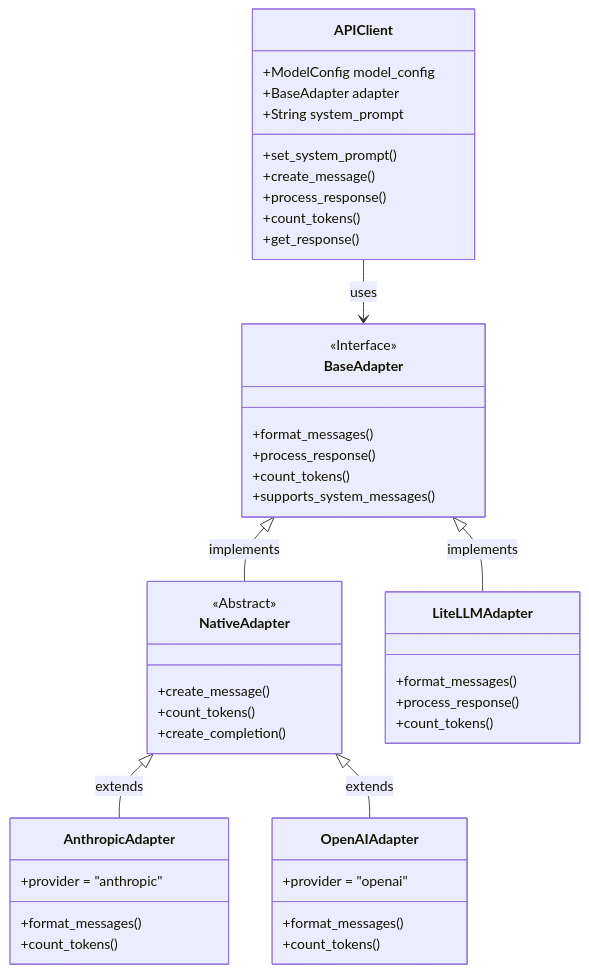
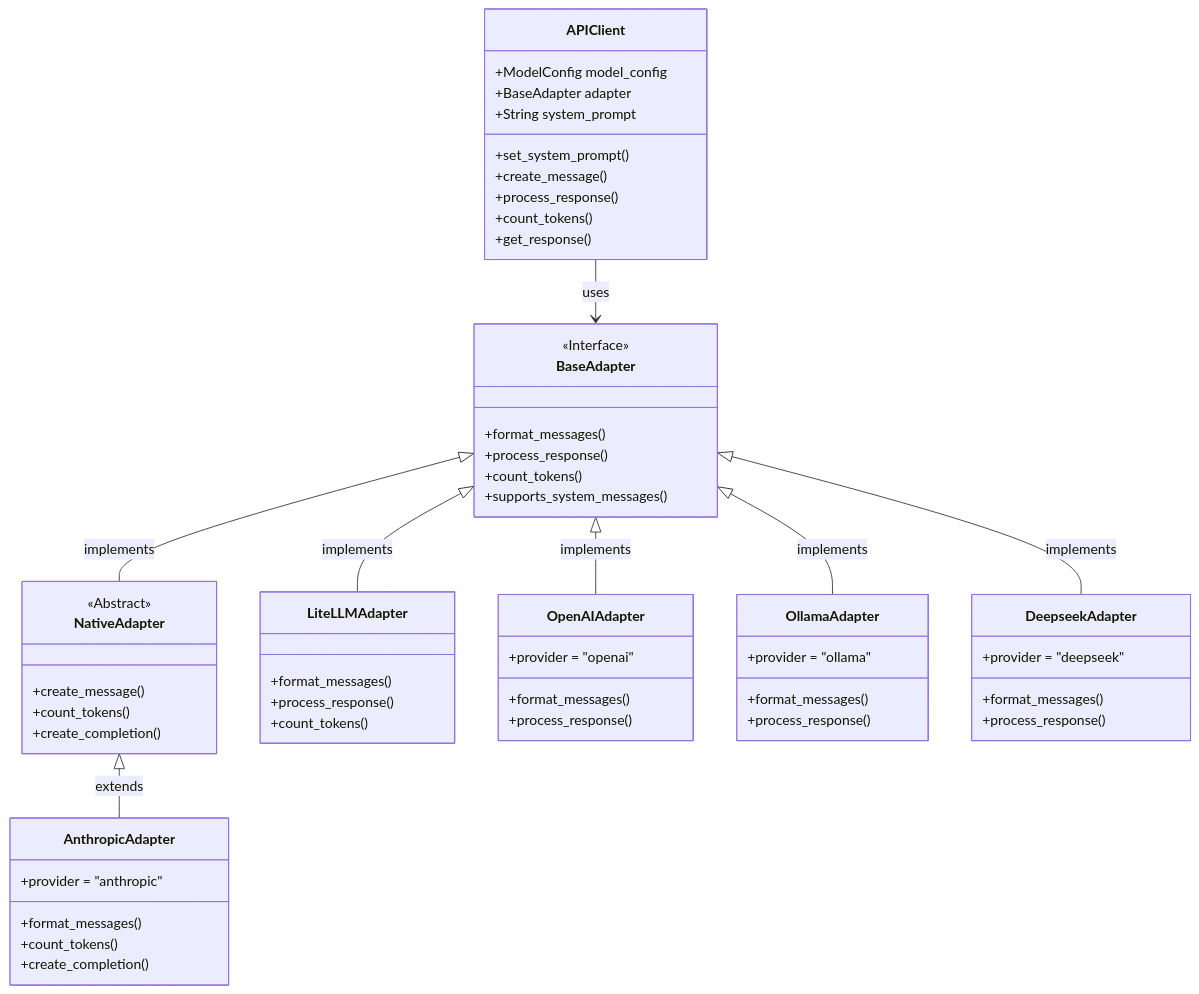
One commit to Maximooch/penguin changed the first of 3 diagrams in docs/docs/api_reference/api_client.md. Above: the diagram before and after it, drawn with Mermaid. The commit also changed other lines of this file and 3 other files, not shown here.

````diff
--- a/docs/docs/api_reference/api_client.md
+++ b/docs/docs/api_reference/api_client.md
@@ -13,52 +13,67 @@
 ```mermaid
 classDiagram
     class APIClient {
         +ModelConfig model_config
         +BaseAdapter adapter
         +String system_prompt
         +set_system_prompt()
         +create_message()
         +process_response()
         +count_tokens()
         +get_response()
     }
     
     class BaseAdapter {
         <<Interface>>
         +format_messages()
         +process_response()
         +count_tokens()
         +supports_system_messages()
     }
     
     class NativeAdapter {
         <<Abstract>>
         +create_message()
         +count_tokens()
         +create_completion()
     }
     
     class LiteLLMAdapter {
         +format_messages()
         +process_response()
         +count_tokens()
     }
     
     class AnthropicAdapter {
         +provider = "anthropic"
         +format_messages()
         +count_tokens()
+        +create_completion()
     }
     
     class OpenAIAdapter {
         +provider = "openai"
         +format_messages()
-        +count_tokens()
+        +process_response()
+    }
+    
+    class OllamaAdapter {
+        +provider = "ollama" 
+        +format_messages()
+        +process_response()
+    }
+    
+    class DeepseekAdapter {
+        +provider = "deepseek"
+        +format_messages()
+        +process_response()
     }
     
     APIClient --> BaseAdapter : uses
     BaseAdapter <|-- NativeAdapter : implements
     BaseAdapter <|-- LiteLLMAdapter : implements
     NativeAdapter <|-- AnthropicAdapter : extends
-    NativeAdapter <|-- OpenAIAdapter : extends
+    BaseAdapter <|-- OpenAIAdapter : implements
+    BaseAdapter <|-- OllamaAdapter : implements
+    BaseAdapter <|-- DeepseekAdapter : implements
 ```
````
